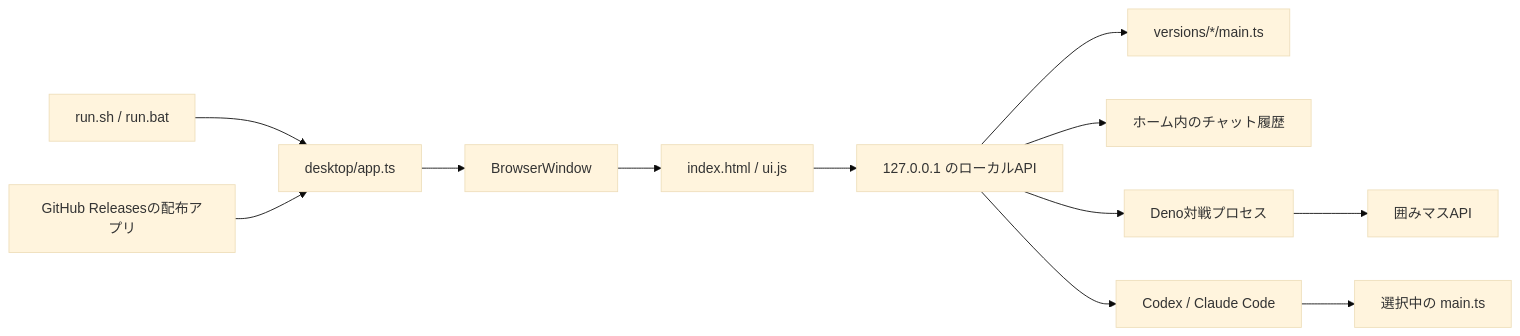
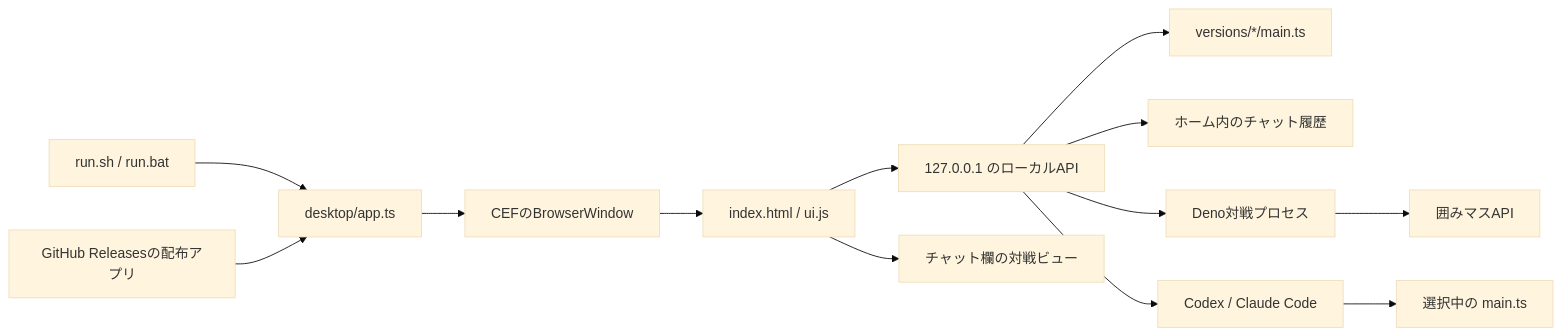
Before and after one commit to kakomimasu/kakomi-code: the diagram in docs/architecture.md, drawn with Mermaid (base theme). The commit also changed other lines of this file and 16 other files, not shown here.

````diff
--- a/docs/architecture.md
+++ b/docs/architecture.md
@@ -9,14 +9,15 @@
 ```mermaid
 flowchart LR
   Launcher[run.sh / run.bat] --> App[desktop/app.ts]
   Release[GitHub Releasesの配布アプリ] --> App
-  App --> Window[BrowserWindow]
+  App --> Window[CEFのBrowserWindow]
   Window --> UI[index.html / ui.js]
   UI --> LocalAPI[127.0.0.1 のローカルAPI]
+  UI --> Viewer[チャット欄の対戦ビュー]
   LocalAPI --> Versions[versions/*/main.ts]
   LocalAPI --> History[ホーム内のチャット履歴]
   LocalAPI --> Match[Deno対戦プロセス]
   LocalAPI --> Agent[Codex / Claude Code]
   Match --> Kakomimasu[囲みマスAPI]
   Agent --> SelectedMain[選択中の main.ts]
 ```
````
